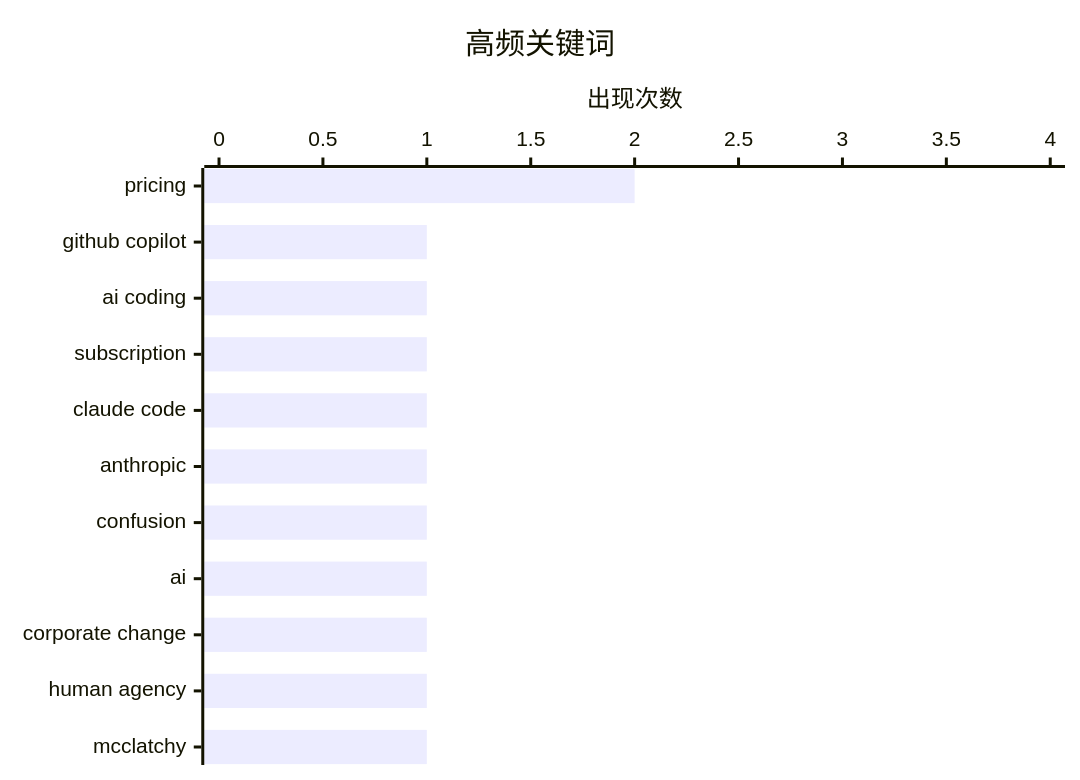
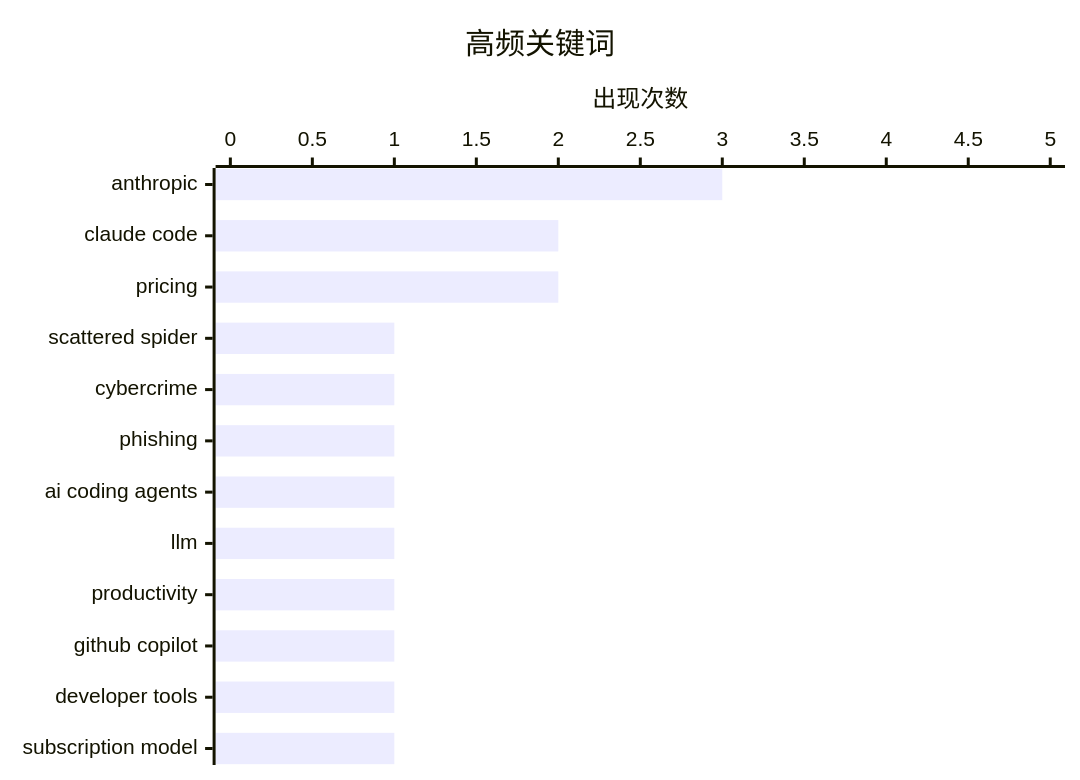
One commit to NicCraver/ai-daily-digest-web changed the second of 2 diagrams in data/digest-20260422.md. Above: the diagram before and after it, drawn with Mermaid. The commit also changed other lines of this file and 2 other files, not shown here.

````diff
--- a/data/digest-20260422.md
+++ b/data/digest-20260422.md
@@ -62,7 +65,7 @@
 ```mermaid
 xychart-beta horizontal
     title "高频关键词"
-    x-axis ["pricing", "github copilot", "ai coding", "subscription", "claude code", "anthropic", "confusion", "ai", "corporate change", "human agency", "mcclatchy"]
-    y-axis "出现次数" 0 --> 4
-    bar [2, 1, 1, 1, 1, 1, 1, 1, 1, 1, 1]
+    x-axis ["anthropic", "claude code", "pricing", "scattered spider", "cybercrime", "phishing", "ai coding agents", "llm", "productivity", "github copilot", "developer tools", "subscription model"]
+    y-axis "出现次数" 0 --> 5
+    bar [3, 2, 2, 1, 1, 1, 1, 1, 1, 1, 1, 1]
 ```
````
